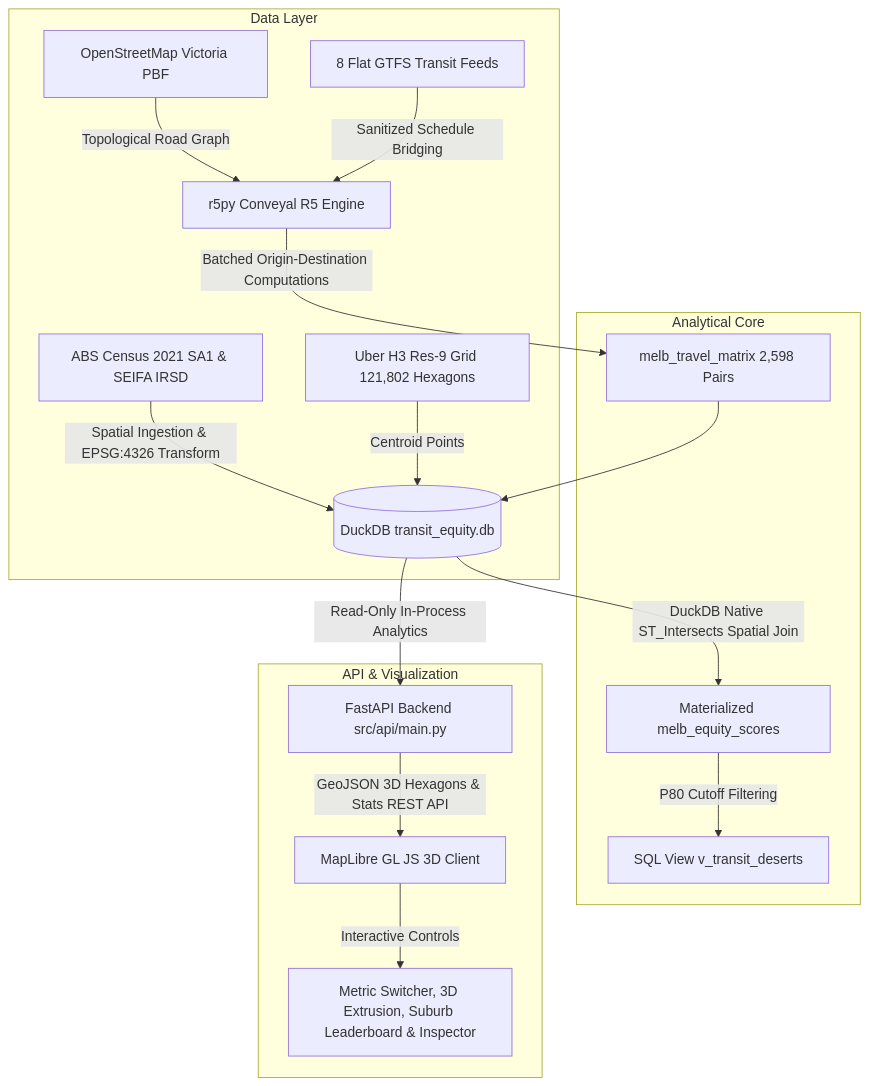
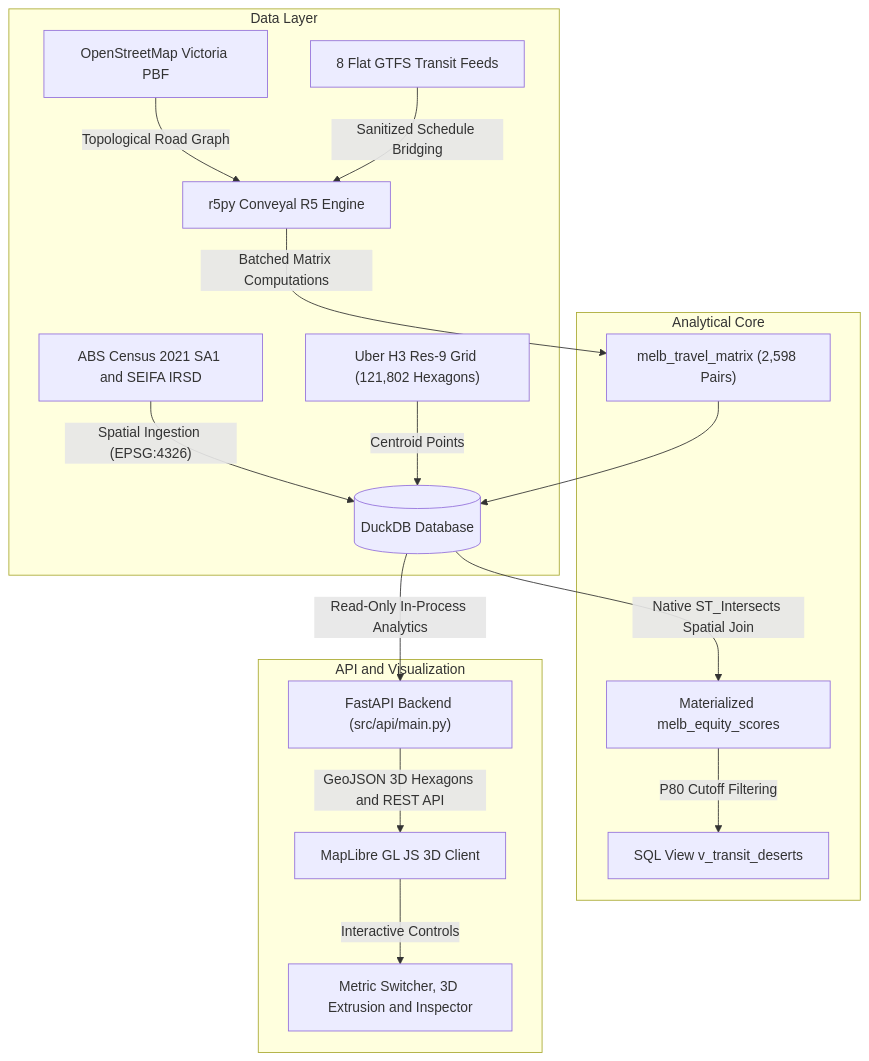
One commit to SharlEclair/transit-desert-platform changed the diagram in README.md. Above: the diagram before and after it, drawn with Mermaid. The commit also changed other lines of this file, not shown here.

Commit message:
docs: fix Mermaid diagram syntax, KaTeX LaTeX math notation, and repository clone URL

````diff
--- a/README.md
+++ b/README.md
@@ -30,22 +30,22 @@
 ```mermaid
 graph TD
     subgraph Data Layer
-        A1[ABS Census 2021 SA1 & SEIFA IRSD] -->|Spatial Ingestion & EPSG:4326 Transform| D[(DuckDB transit_equity.db)]
-        A2[OpenStreetMap Victoria PBF] -->|Topological Road Graph| R5[r5py Conveyal R5 Engine]
-        A3[8 Flat GTFS Transit Feeds] -->|Sanitized Schedule Bridging| R5
-        A4[Uber H3 Res-9 Grid 121,802 Hexagons] -->|Centroid Points| D
+        A1["ABS Census 2021 SA1 and SEIFA IRSD"] -->|"Spatial Ingestion (EPSG:4326)"| D[("DuckDB Database")]
+        A2["OpenStreetMap Victoria PBF"] -->|"Topological Road Graph"| R5["r5py Conveyal R5 Engine"]
+        A3["8 Flat GTFS Transit Feeds"] -->|"Sanitized Schedule Bridging"| R5
+        A4["Uber H3 Res-9 Grid (121,802 Hexagons)"] -->|"Centroid Points"| D
     end
 
     subgraph Analytical Core
-        R5 -->|Batched Origin-Destination Computations| TM[melb_travel_matrix 2,598 Pairs]
+        R5 -->|"Batched Matrix Computations"| TM["melb_travel_matrix (2,598 Pairs)"]
         TM --> D
-        D -->|DuckDB Native ST_Intersects Spatial Join| EQ[Materialized melb_equity_scores]
-        EQ -->|P80 Cutoff Filtering| VD[SQL View v_transit_deserts]
+        D -->|"Native ST_Intersects Spatial Join"| EQ["Materialized melb_equity_scores"]
+        EQ -->|"P80 Cutoff Filtering"| VD["SQL View v_transit_deserts"]
     end
 
-    subgraph API & Visualization
-        D -->|Read-Only In-Process Analytics| API[FastAPI Backend src/api/main.py]
-        API -->|GeoJSON 3D Hexagons & Stats REST API| UI[MapLibre GL JS 3D Client]
-        UI -->|Interactive Controls| UX[Metric Switcher, 3D Extrusion, Suburb Leaderboard & Inspector]
+    subgraph API and Visualization
+        D -->|"Read-Only In-Process Analytics"| API["FastAPI Backend (src/api/main.py)"]
+        API -->|"GeoJSON 3D Hexagons and REST API"| UI["MapLibre GL JS 3D Client"]
+        UI -->|"Interactive Controls"| UX["Metric Switcher, 3D Extrusion and Inspector"]
     end
 ```
````
